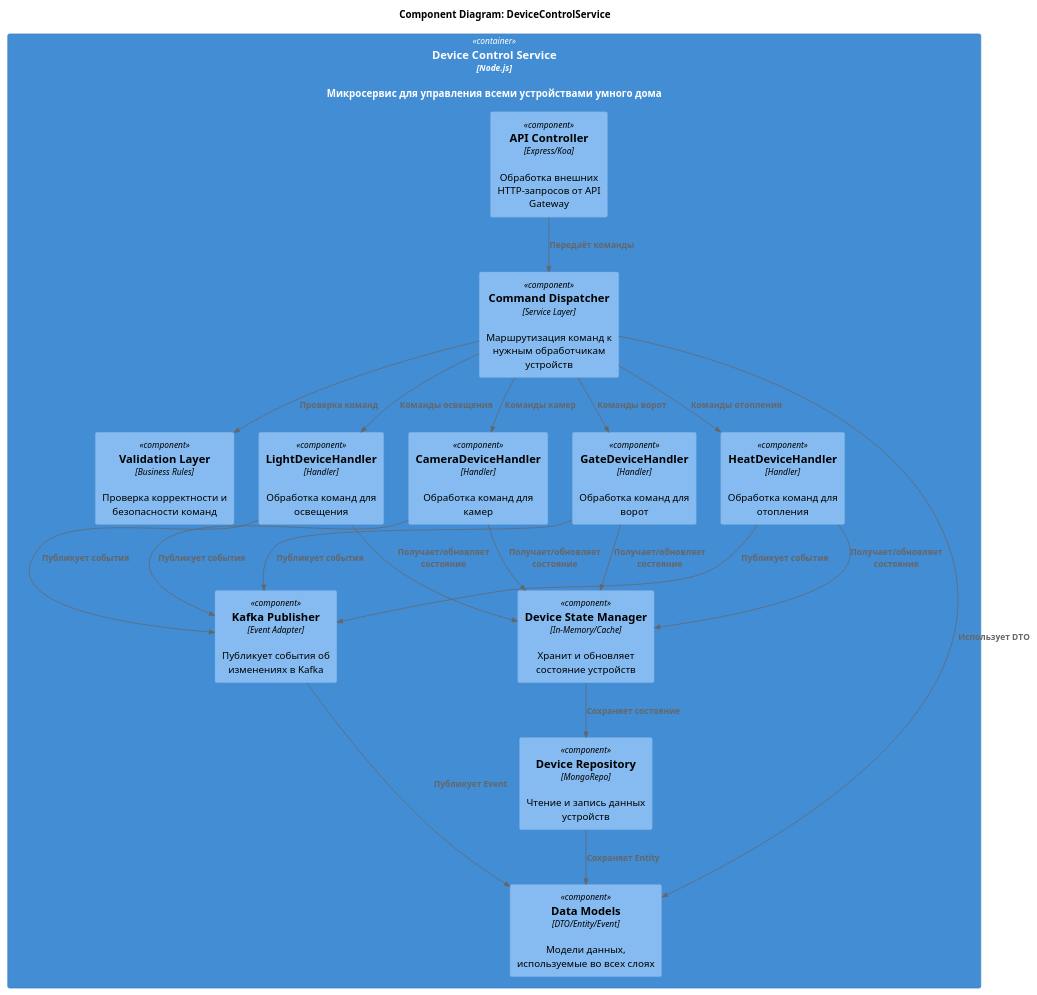
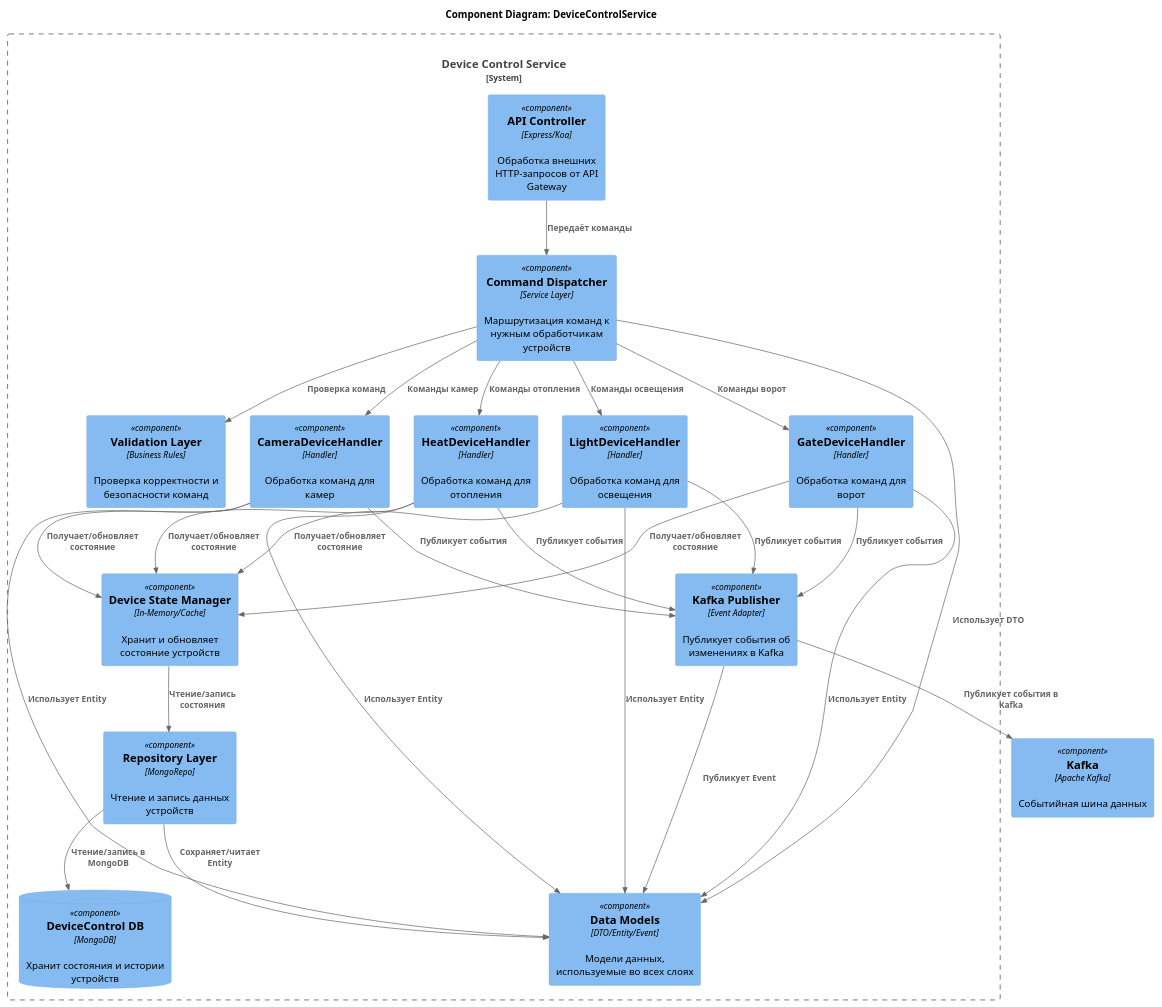
Before and after one commit to ilarion-panzhin/architecture-sprint-3: the diagram in c4/to-be/component.puml, drawn with PlantUML. The commit also changed 3 other files, not shown here.

Commit message:
container c4 diagram for devicecontroller service

```diff
--- a/c4/to-be/component.puml
+++ b/c4/to-be/component.puml
@@ -1,47 +1,66 @@
 @startuml
 !includeurl https://raw.githubusercontent.com/RicardoNiepel/C4-PlantUML/master/C4_Component.puml
+
+skinparam componentStyle rectangle
+skinparam backgroundColor transparent
+skinparam shadowing false
+
 LAYOUT_TOP_DOWN()
 title Component Diagram: DeviceControlService
 
-Container(DeviceControlService, "Device Control Service", "Node.js", "Микросервис для управления всеми устройствами умного дома") {
+System_Boundary(DeviceControlService, "Device Control Service", "Node.js", "Микросервис для управления всеми устройствами умного дома") {
 
   Component(ApiController, "API Controller", "Express/Koa", "Обработка внешних HTTP-запросов от API Gateway")
 
   Component(CommandDispatcher, "Command Dispatcher", "Service Layer", "Маршрутизация команд к нужным обработчикам устройств")
   Component(ValidationLayer, "Validation Layer", "Business Rules", "Проверка корректности и безопасности команд")
   Component(StateManager, "Device State Manager", "In-Memory/Cache", "Хранит и обновляет состояние устройств")
 
   Component(KafkaPublisher, "Kafka Publisher", "Event Adapter", "Публикует события об изменениях в Kafka")
 
   Component(HeatDeviceHandler, "HeatDeviceHandler", "Handler", "Обработка команд для отопления")
   Component(LightDeviceHandler, "LightDeviceHandler", "Handler", "Обработка команд для освещения")
   Component(GateDeviceHandler, "GateDeviceHandler", "Handler", "Обработка команд для ворот")
   Component(CameraDeviceHandler, "CameraDeviceHandler", "Handler", "Обработка команд для камер")
 
-  Component(RepositoryLayer, "Device Repository", "MongoRepo", "Чтение и запись данных устройств")
+  Component(RepositoryLayer, "Repository Layer", "MongoRepo", "Чтение и запись данных устройств")
   Component(DataModels, "Data Models", "DTO/Entity/Event", "Модели данных, используемые во всех слоях")
 
+  ComponentDb(DeviceDb, "DeviceControl DB", "MongoDB", "Хранит состояния и истории устройств")
+
+  ' Logic flow
   Rel(ApiController, CommandDispatcher, "Передаёт команды")
   Rel(CommandDispatcher, ValidationLayer, "Проверка команд")
   Rel(CommandDispatcher, HeatDeviceHandler, "Команды отопления")
   Rel(CommandDispatcher, LightDeviceHandler, "Команды освещения")
   Rel(CommandDispatcher, GateDeviceHandler, "Команды ворот")
   Rel(CommandDispatcher, CameraDeviceHandler, "Команды камер")
 
   Rel(HeatDeviceHandler, StateManager, "Получает/обновляет состояние")
   Rel(LightDeviceHandler, StateManager, "Получает/обновляет состояние")
   Rel(GateDeviceHandler, StateManager, "Получает/обновляет состояние")
   Rel(CameraDeviceHandler, StateManager, "Получает/обновляет состояние")
 
   Rel(HeatDeviceHandler, KafkaPublisher, "Публикует события")
   Rel(LightDeviceHandler, KafkaPublisher, "Публикует события")
   Rel(GateDeviceHandler, KafkaPublisher, "Публикует события")
   Rel(CameraDeviceHandler, KafkaPublisher, "Публикует события")
 
-  Rel(StateManager, RepositoryLayer, "Сохраняет состояние")
+  Rel(StateManager, RepositoryLayer, "Чтение/запись состояния")
+  Rel(RepositoryLayer, DeviceDb, "Чтение/запись в MongoDB")
+
+  ' DataModel usage
   Rel(CommandDispatcher, DataModels, "Использует DTO")
-  Rel(RepositoryLayer, DataModels, "Сохраняет Entity")
+  Rel(HeatDeviceHandler, DataModels, "Использует Entity")
+  Rel(LightDeviceHandler, DataModels, "Использует Entity")
+  Rel(GateDeviceHandler, DataModels, "Использует Entity")
+  Rel(CameraDeviceHandler, DataModels, "Использует Entity")
+  Rel(RepositoryLayer, DataModels, "Сохраняет/читает Entity")
   Rel(KafkaPublisher, DataModels, "Публикует Event")
 }
 
+' External Kafka broker
+Component(kafkaBroker, "Kafka", "Apache Kafka", "Событийная шина данных")
+Rel(KafkaPublisher, kafkaBroker, "Публикует события в Kafka")
+
 @enduml
```
